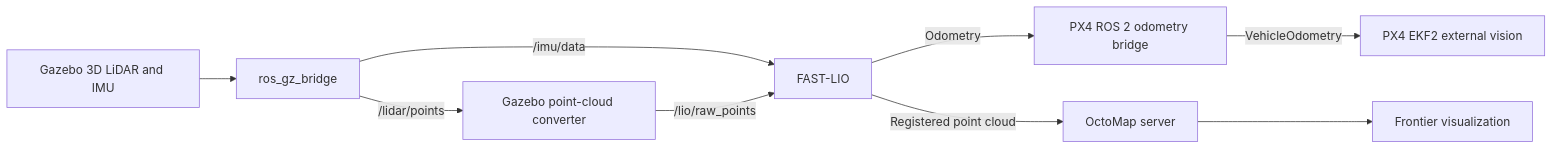
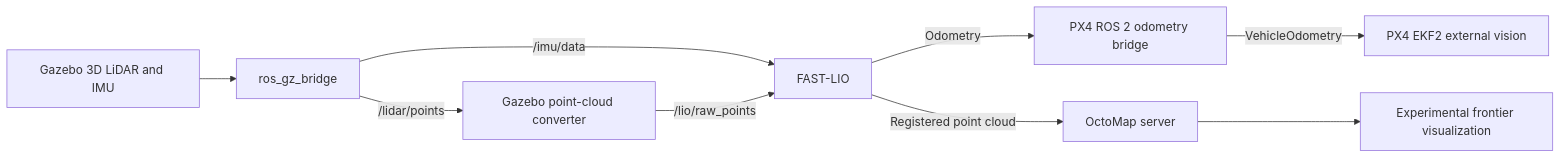
Before and after one commit to rlaglo/px4-fastlio-mapping: the diagram in docs/architecture.md, drawn with Mermaid. The commit also changed other lines of this file and 1 other file, not shown here.

Commit message:
docs: mark frontier support as experimental

````diff
--- a/docs/architecture.md
+++ b/docs/architecture.md
@@ -5,11 +5,11 @@
 ```mermaid
 flowchart LR
     GZ[Gazebo 3D LiDAR and IMU] --> RGB[ros_gz_bridge]
     RGB -->|/lidar/points| CONV[Gazebo point-cloud converter]
     RGB -->|/imu/data| LIO[FAST-LIO]
     CONV -->|/lio/raw_points| LIO
     LIO -->|Odometry| PXB[PX4 ROS 2 odometry bridge]
     PXB -->|VehicleOdometry| PX4[PX4 EKF2 external vision]
     LIO -->|Registered point cloud| OCTO[OctoMap server]
-    OCTO --> FRONTIER[Frontier visualization]
+    OCTO --> FRONTIER[Experimental frontier visualization]
 ```
````
